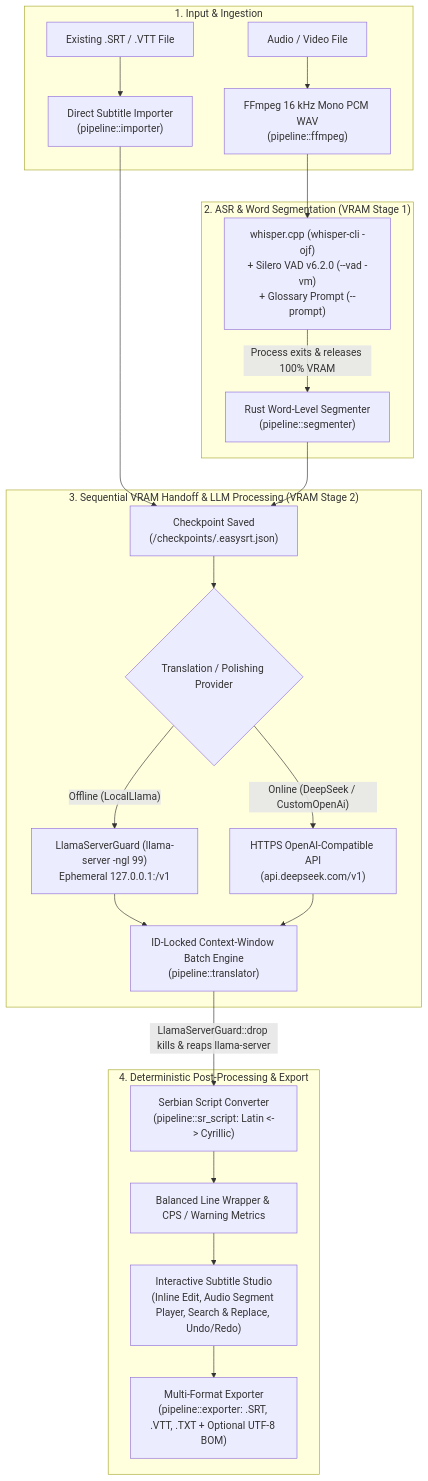
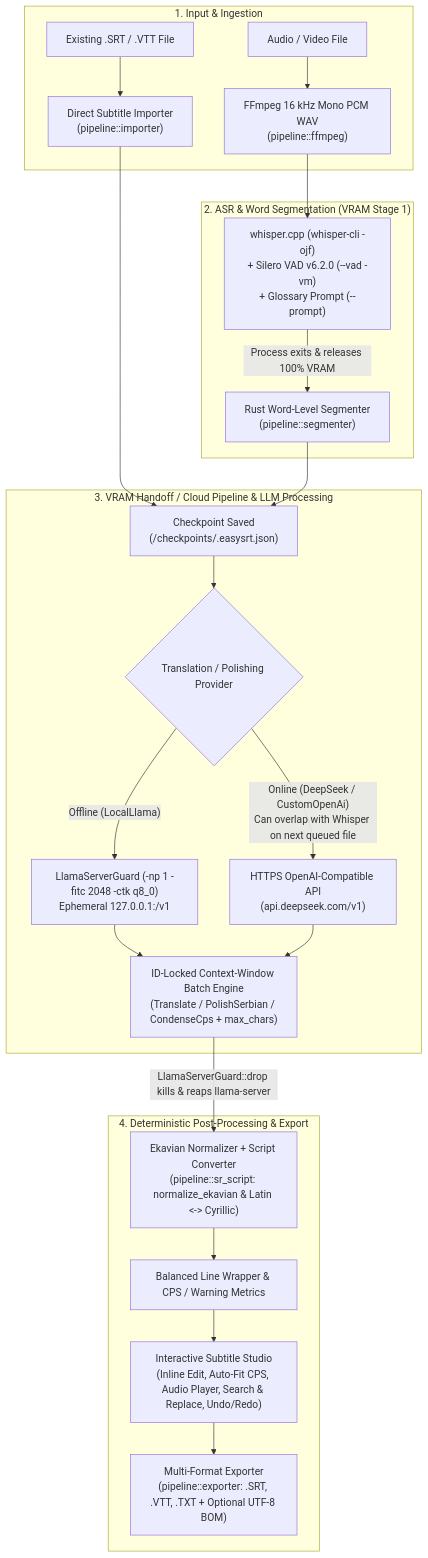
Before and after one commit to Gruya13/EasySRT-Studio: the diagram in docs/ARCHITECTURE.md, drawn with Mermaid. The commit also changed other lines of this file and 15 other files, not shown here.

Commit message:
feat: add CPS budget & auto-fit, pipelined batch engine, smart presets, expanded Ekavian dictionary, and roadmap docs

````diff
--- a/docs/ARCHITECTURE.md
+++ b/docs/ARCHITECTURE.md
@@ -13,30 +13,30 @@
 ```mermaid
 flowchart TD
     subgraph Input["1. Input & Ingestion"]
         A["Audio / Video File"] --> B["FFmpeg 16 kHz Mono PCM WAV\n(pipeline::ffmpeg)"]
         S["Existing .SRT / .VTT File"] --> I["Direct Subtitle Importer\n(pipeline::importer)"]
     end
 
     subgraph ASR["2. ASR & Word Segmentation (VRAM Stage 1)"]
         B --> C["whisper.cpp (whisper-cli -ojf)\n+ Silero VAD v6.2.0 (--vad -vm)\n+ Glossary Prompt (--prompt)"]
         C -->|"Process exits & releases 100% VRAM"| D["Rust Word-Level Segmenter\n(pipeline::segmenter)"]
     end
 
     I --> E
     D --> E["Checkpoint Saved\n(<data_dir>/checkpoints/<job_id>.easysrt.json)"]
 
-    subgraph LLM["3. Sequential VRAM Handoff & LLM Processing (VRAM Stage 2)"]
+    subgraph LLM["3. VRAM Handoff / Cloud Pipeline & LLM Processing"]
         E --> F{"Translation / Polishing Provider"}
-        F -->|"Offline (LocalLlama)"| G["LlamaServerGuard (llama-server -ngl 99)\nEphemeral 127.0.0.1:<port>/v1"]
-        F -->|"Online (DeepSeek / CustomOpenAi)"| H["HTTPS OpenAI-Compatible API\n(api.deepseek.com/v1)"]
-        G --> J["ID-Locked Context-Window Batch Engine\n(pipeline::translator)"]
+        F -->|"Offline (LocalLlama)"| G["LlamaServerGuard (-np 1 -fitc 2048 -ctk q8_0)\nEphemeral 127.0.0.1:<port>/v1"]
+        F -->|"Online (DeepSeek / CustomOpenAi)\nCan overlap with Whisper on next queued file"| H["HTTPS OpenAI-Compatible API\n(api.deepseek.com/v1)"]
+        G --> J["ID-Locked Context-Window Batch Engine\n(Translate / PolishSerbian / CondenseCps + max_chars)"]
         H --> J
     end
 
     subgraph Post["4. Deterministic Post-Processing & Export"]
-        J -->|"LlamaServerGuard::drop kills & reaps llama-server"| K["Serbian Script Converter\n(pipeline::sr_script: Latin <-> Cyrillic)"]
+        J -->|"LlamaServerGuard::drop kills & reaps llama-server"| K["Ekavian Normalizer + Script Converter\n(pipeline::sr_script: normalize_ekavian & Latin <-> Cyrillic)"]
         K --> L["Balanced Line Wrapper & CPS / Warning Metrics"]
-        L --> M["Interactive Subtitle Studio\n(Inline Edit, Audio Segment Player, Search & Replace, Undo/Redo)"]
+        L --> M["Interactive Subtitle Studio\n(Inline Edit, Auto-Fit CPS, Audio Player, Search & Replace, Undo/Redo)"]
         M --> N["Multi-Format Exporter\n(pipeline::exporter: .SRT, .VTT, .TXT + Optional UTF-8 BOM)"]
     end
 ```
````
